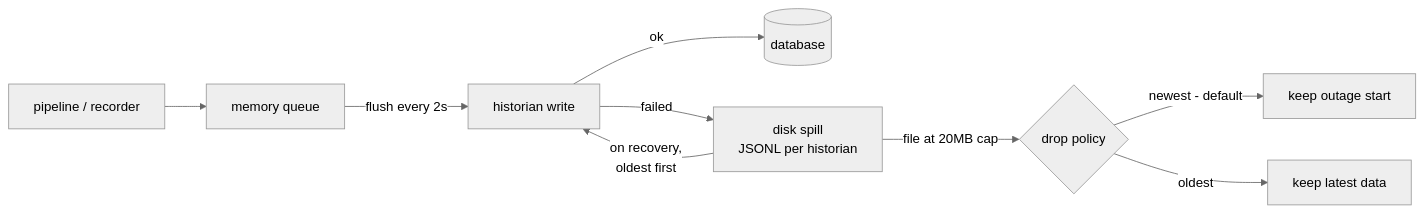
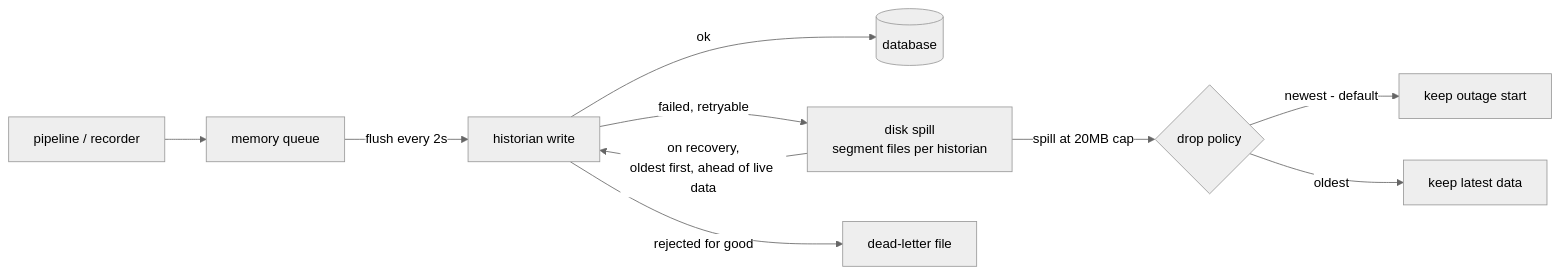
One commit to zbest1000/manifold changed the first of 2 diagrams in docs/wiki/Historians.md. Above: the diagram before and after it, drawn with Mermaid (neutral theme). The commit also changed other lines of this file and 21 other files, not shown here.

````diff
--- a/docs/wiki/Historians.md
+++ b/docs/wiki/Historians.md
@@ -16,11 +16,12 @@
 ```mermaid
 flowchart LR
     P[pipeline / recorder] --> Q[memory queue]
     Q -->|flush every 2s| W[historian write]
     W -->|ok| DB[(database)]
-    W -->|failed| S[disk spill<br/>JSONL per historian]
-    S -->|on recovery,<br/>oldest first| W
-    S -->|file at 20MB cap| DP{drop policy}
+    W -->|failed, retryable| S[disk spill<br/>segment files per historian]
+    W -->|rejected for good| DL[dead-letter file]
+    S -->|on recovery,<br/>oldest first, ahead of live data| W
+    S -->|spill at 20MB cap| DP{drop policy}
     DP -->|newest - default| K1[keep outage start]
     DP -->|oldest| K2[keep latest data]
 ```
````
